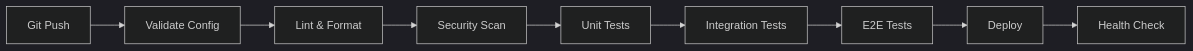
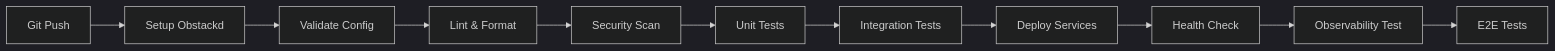
One commit to paruff/ahastack changed the second of 2 diagrams in readme.md. Above: the diagram before and after it, drawn with Mermaid (dark theme). The commit also changed other lines of this file, not shown here.

First line of the commit message:
Enhance README with Obstackd integration details

````diff
--- a/readme.md
+++ b/readme.md
@@ -93,11 +181,13 @@
 ```mermaid
 graph LR
-    A[Git Push] --> B[Validate Config]
-    B --> C[Lint & Format]
-    C --> D[Security Scan]
-    D --> E[Unit Tests]
-    E --> F[Integration Tests]
-    F --> G[E2E Tests]
-    G --> H[Deploy]
+    A[Git Push] --> B[Setup Obstackd]
+    B --> C[Validate Config]
+    C --> D[Lint & Format]
+    D --> E[Security Scan]
+    E --> F[Unit Tests]
+    F --> G[Integration Tests]
+    G --> H[Deploy Services]
     H --> I[Health Check]
+    I --> J[Observability Test]
+    J --> K[E2E Tests]
 ```
````
